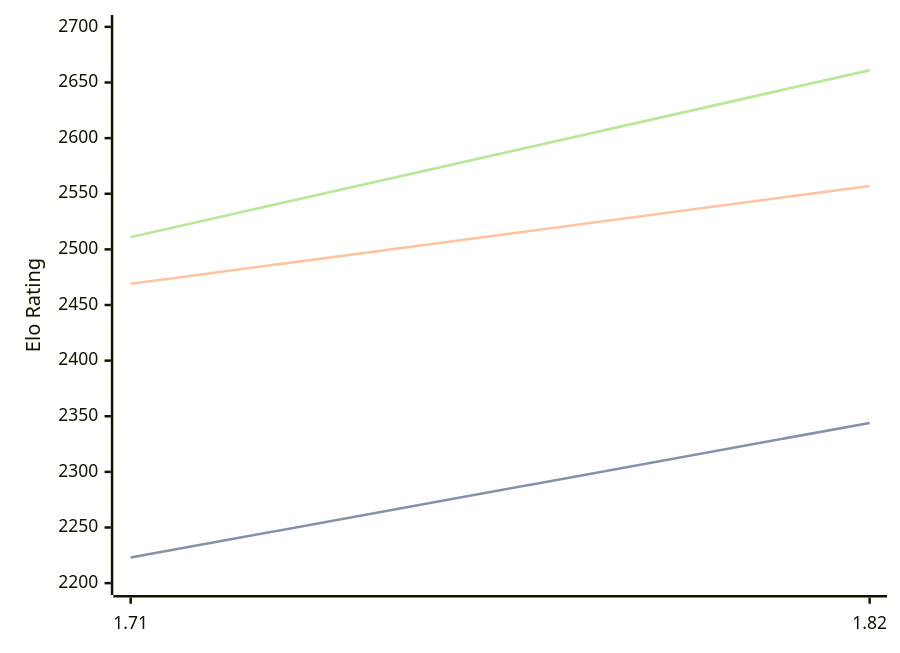
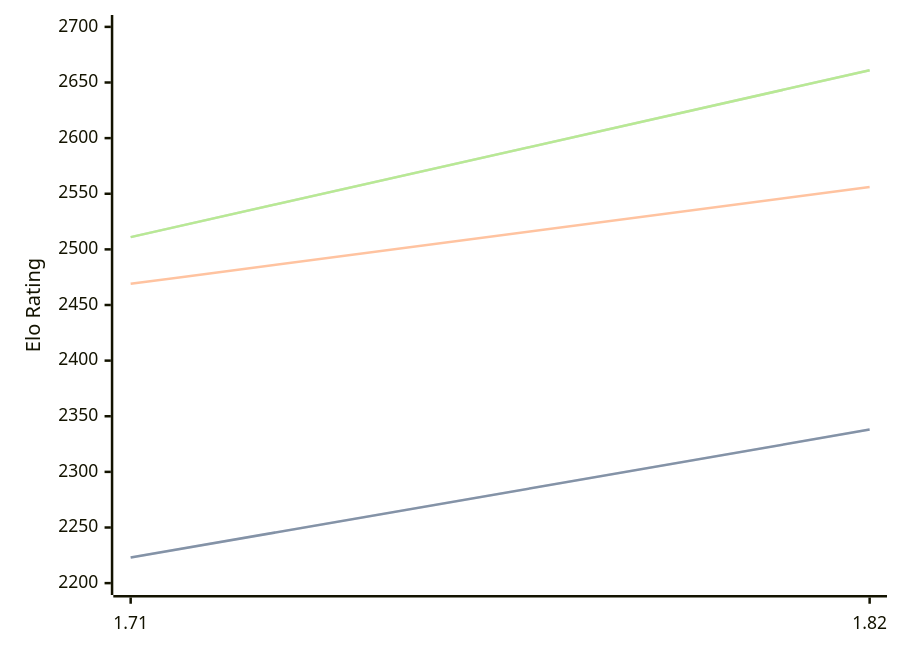
Before and after one commit to computer-chess-index/cci: the diagram in engines/Amira.md, drawn with Mermaid. The commit also changed other lines of this file, not shown here.

Commit message:
Update CCI Ratings (ELO VLTC) - 2026-04-16

````diff
--- a/engines/Amira.md
+++ b/engines/Amira.md
@@ -35,11 +35,11 @@
 ```mermaid
 %%{init: {"theme":"base","themeVariables":{"seriesColors:['#a3a3a3','#222221','#faa371']}}}%%
 xychart-beta
   x-axis ["1.71", "1.82"]
   y-axis "Elo Rating" 2200 --> 2700
-  line "STC (8.0+0.08s)" [2223, 2344]
-  line "STC (8.0+0.08s)" [2223, 2344]
-  line "LTC (60.0+0.60s)" [2469, 2557]
+  line "STC (8.0+0.08s)" [2223, 2338]
+  line "STC (8.0+0.08s)" [2223, 2338]
+  line "LTC (60.0+0.60s)" [2469, 2556]
   line "VLTC (2m24s+1.12s)" [2511, 2661]
   line "VLTC (2m24s+1.12s)" [2511, 2661]
 ```
````
